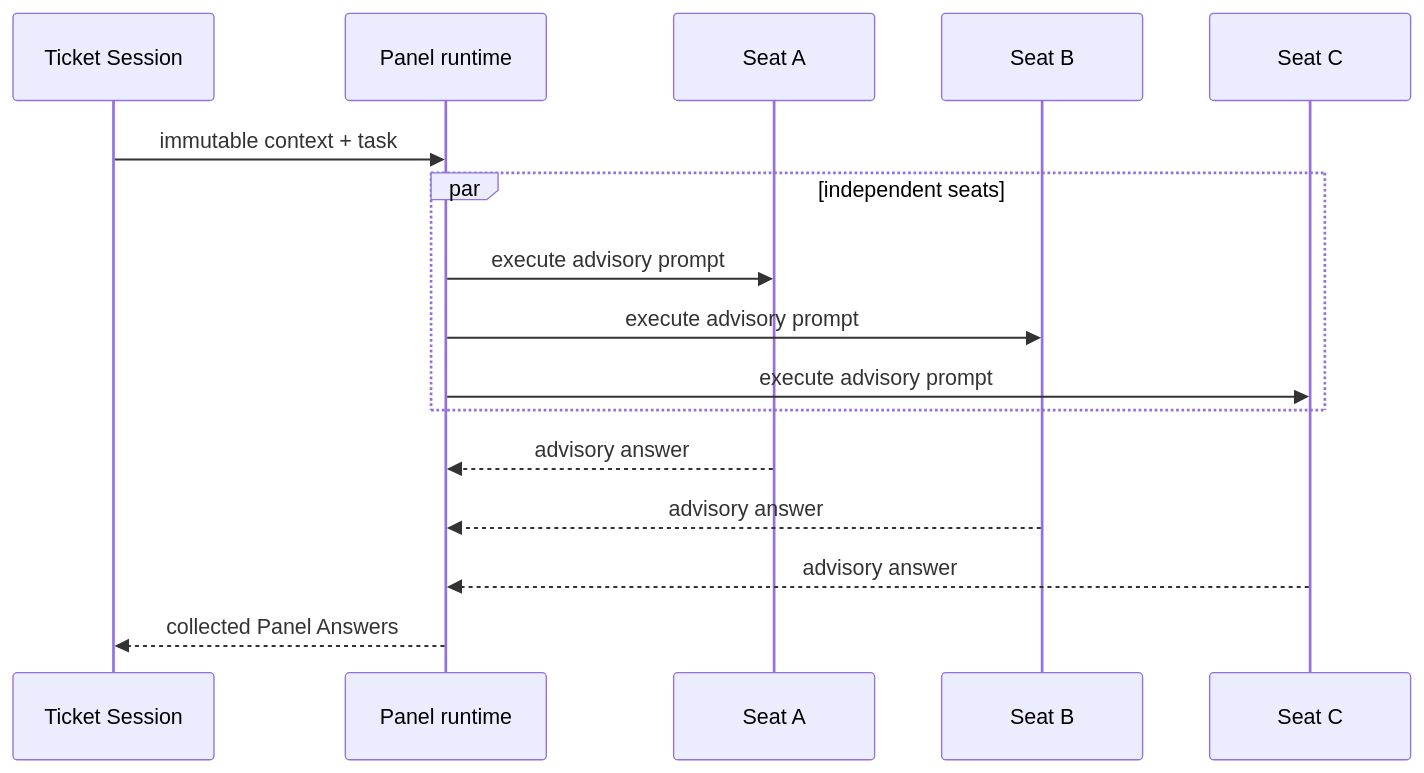
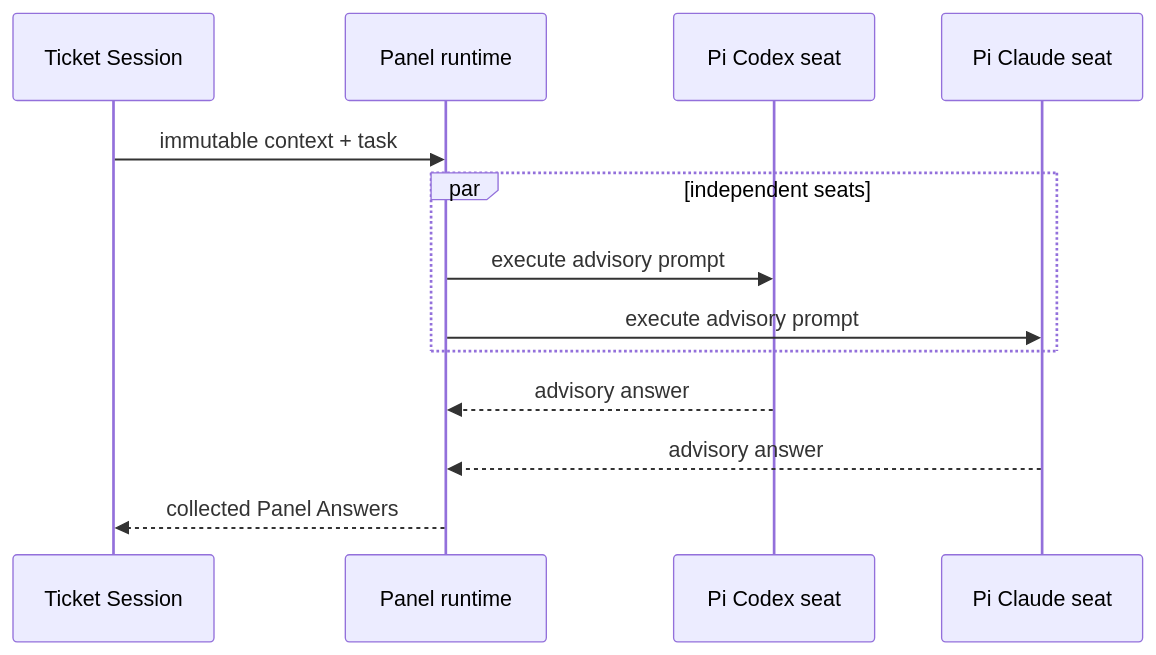
One commit to stanley50z/sz-pi-auto-mode changed the diagram in openwiki/architecture/panels.md. Above: the diagram before and after it, drawn with Mermaid. The commit also changed other lines of this file and 39 other files, not shown here.

````diff
--- a/openwiki/architecture/panels.md
+++ b/openwiki/architecture/panels.md
@@ -20,18 +20,15 @@
 ```mermaid
 sequenceDiagram
   participant S as Ticket Session
   participant R as Panel runtime
-  participant A as Seat A
-  participant B as Seat B
-  participant C as Seat C
+  participant A as Pi Codex seat
+  participant B as Pi Claude seat
   S->>R: immutable context + task
   par independent seats
     R->>A: execute advisory prompt
     R->>B: execute advisory prompt
-    R->>C: execute advisory prompt
   end
   A-->>R: advisory answer
   B-->>R: advisory answer
-  C-->>R: advisory answer
   R-->>S: collected Panel Answers
 ```
````
